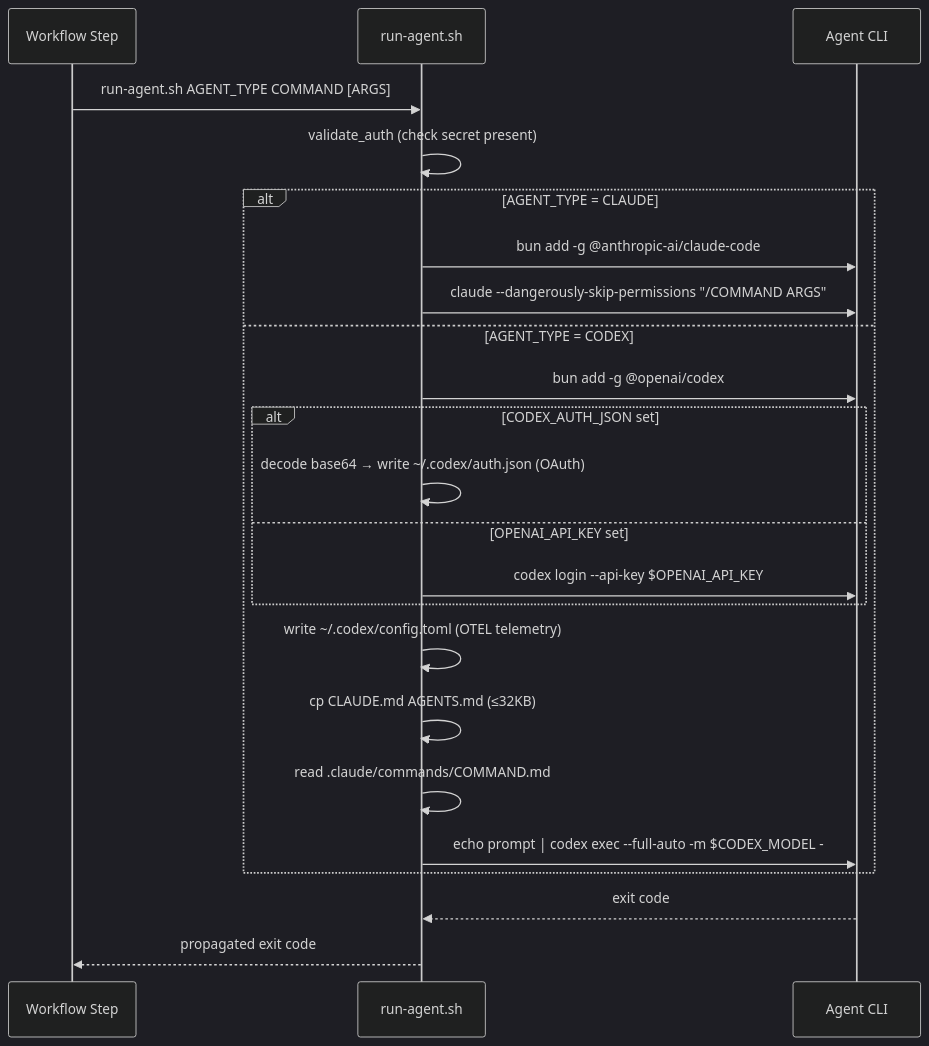
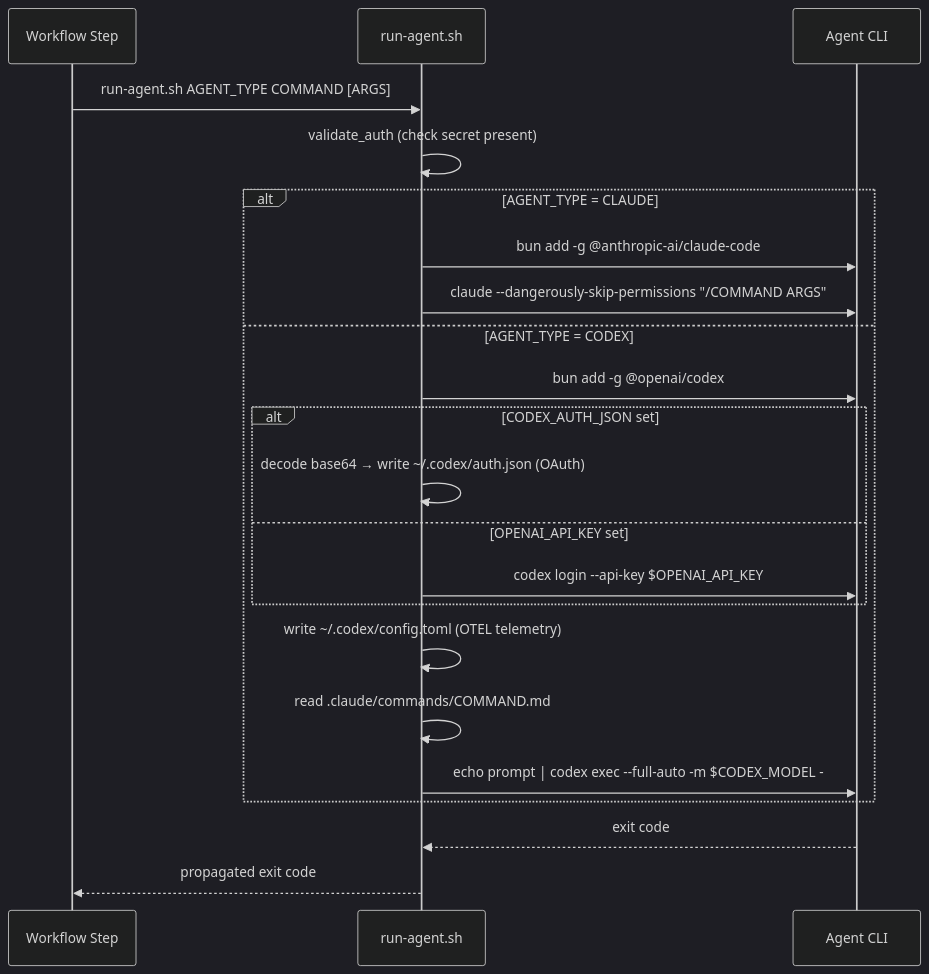
The second of 5 diagrams in specs/specifications/technical/implementation/integrations.md (bfernandez31/ai-board), drawn with Mermaid (dark theme) before and after one commit. The commit also changed other lines of this file and 2 other files, not shown here.

First line of the commit message:
refactor(codex): remove AGENTS.md generation, expect it in target repos

````diff
--- a/specs/specifications/technical/implementation/integrations.md
+++ b/specs/specifications/technical/implementation/integrations.md
@@ -378,26 +378,25 @@
 ```mermaid
 sequenceDiagram
     participant WF as Workflow Step
     participant RS as run-agent.sh
     participant CLI as Agent CLI
 
     WF->>RS: run-agent.sh AGENT_TYPE COMMAND [ARGS]
     RS->>RS: validate_auth (check secret present)
     alt AGENT_TYPE = CLAUDE
         RS->>CLI: bun add -g @anthropic-ai/claude-code
         RS->>CLI: claude --dangerously-skip-permissions "/COMMAND ARGS"
     else AGENT_TYPE = CODEX
         RS->>CLI: bun add -g @openai/codex
         alt CODEX_AUTH_JSON set
             RS->>RS: decode base64 → write ~/.codex/auth.json (OAuth)
         else OPENAI_API_KEY set
             RS->>CLI: codex login --api-key $OPENAI_API_KEY
         end
         RS->>RS: write ~/.codex/config.toml (OTEL telemetry)
-        RS->>RS: cp CLAUDE.md AGENTS.md (≤32KB)
         RS->>RS: read .claude/commands/COMMAND.md
         RS->>CLI: echo prompt | codex exec --full-auto -m $CODEX_MODEL -
     end
     CLI-->>RS: exit code
     RS-->>WF: propagated exit code
 ```
````
